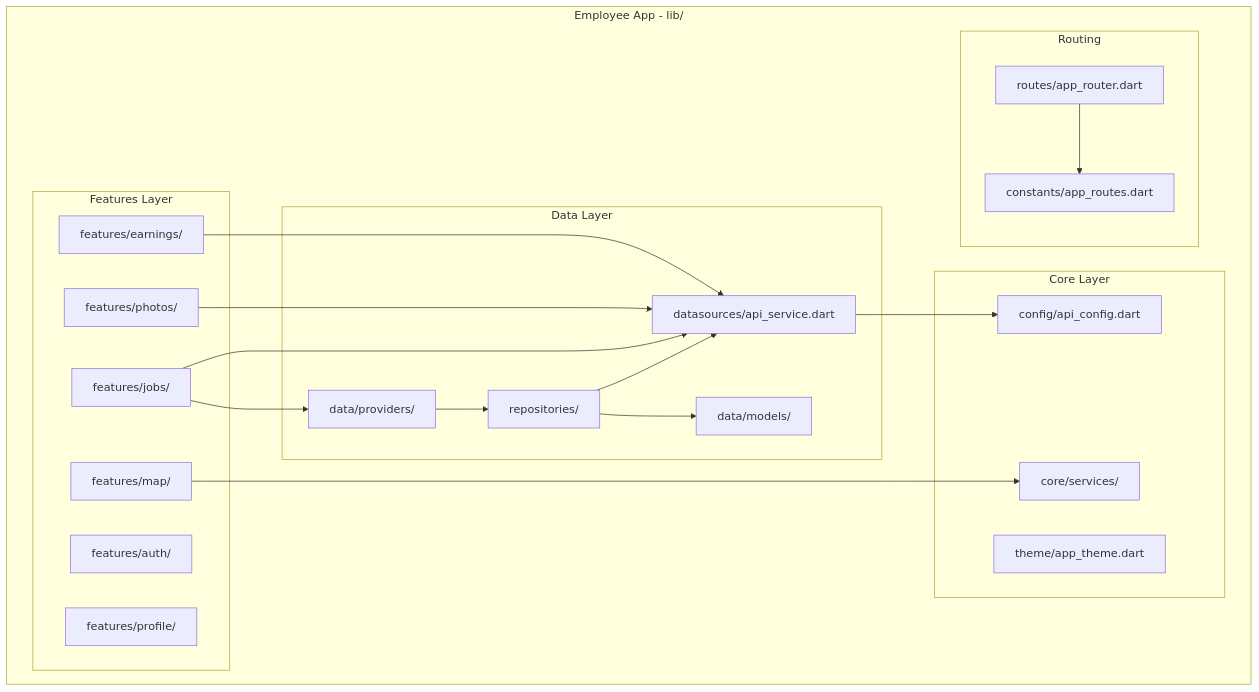
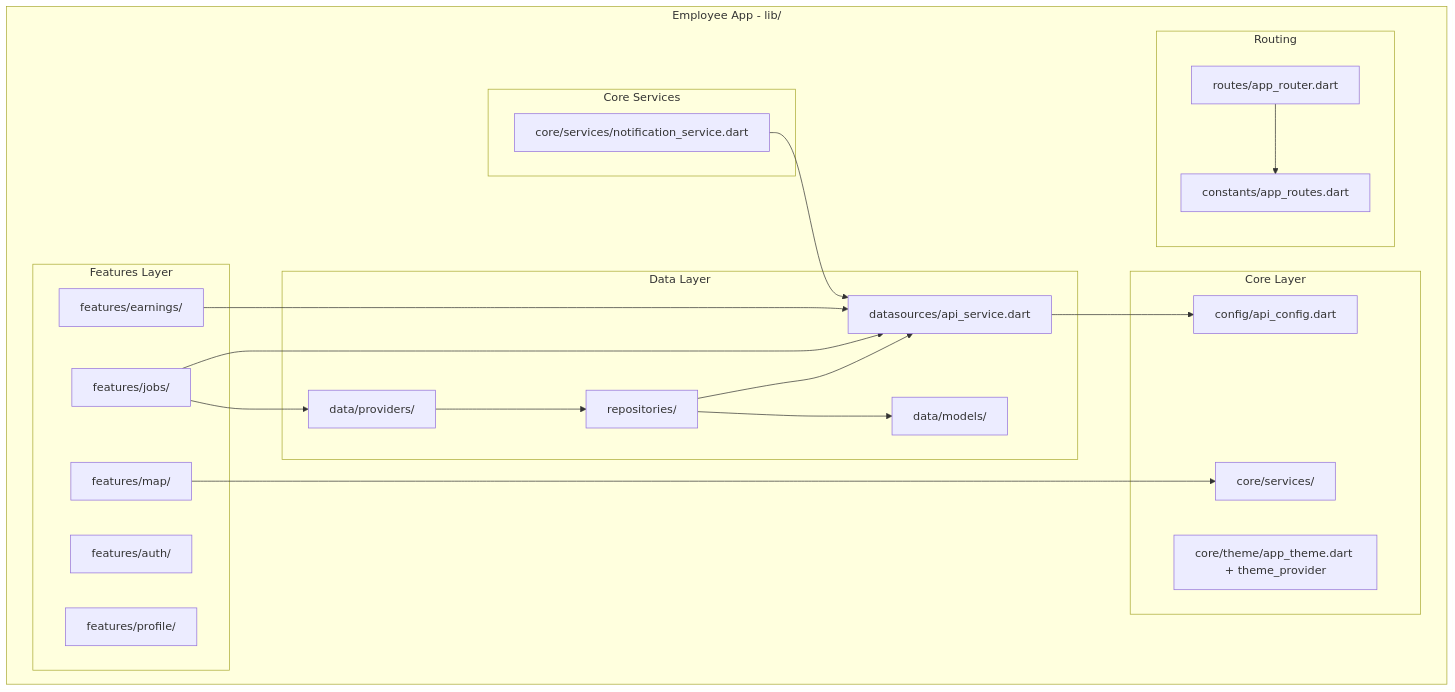
One commit to Pushkarjay/SafeCom-Application changed the second of 5 diagrams in Architecture/02_Component_Diagrams/README.md. Above: the diagram before and after it, drawn with Mermaid. The commit also changed other lines of this file and 18 other files, not shown here.

First line of the commit message:
docs: audit architecture 2026-05-09 → 2026-08-09 — append deltas, add 21_UI_UX

````diff
--- a/Architecture/02_Component_Diagrams/README.md
+++ b/Architecture/02_Component_Diagrams/README.md
@@ -61,42 +61,46 @@
 ```mermaid
 flowchart TB
     subgraph "Employee App - lib/"
         subgraph "Core Layer"
             Config[config/api_config.dart]
             Theme[theme/app_theme.dart]
             Services[core/services/]
         end
 
         subgraph "Data Layer"
             API[datasources/api_service.dart]
             Repos[repositories/]
             Models[data/models/]
             Providers[data/providers/]
         end
 
         subgraph "Features Layer"
             Auth[features/auth/]
             Jobs[features/jobs/]
             Map[features/map/]
-            Photos[features/photos/]
             Earnings[features/earnings/]
             Profile[features/profile/]
+        end
+
+        subgraph "Core Services"
+            Notif[core/services/notification_service.dart]
+            Theme[core/theme/app_theme.dart + theme_provider]
         end
 
         subgraph "Routing"
             Router[routes/app_router.dart]
             Routes[constants/app_routes.dart]
         end
     end
 
     API --> Config
     Repos --> API
     Repos --> Models
     Providers --> Repos
     Jobs --> API
     Jobs --> Providers
     Map --> Services
-    Photos --> API
     Earnings --> API
+    Notif --> API
     Router --> Routes
 ```
````
